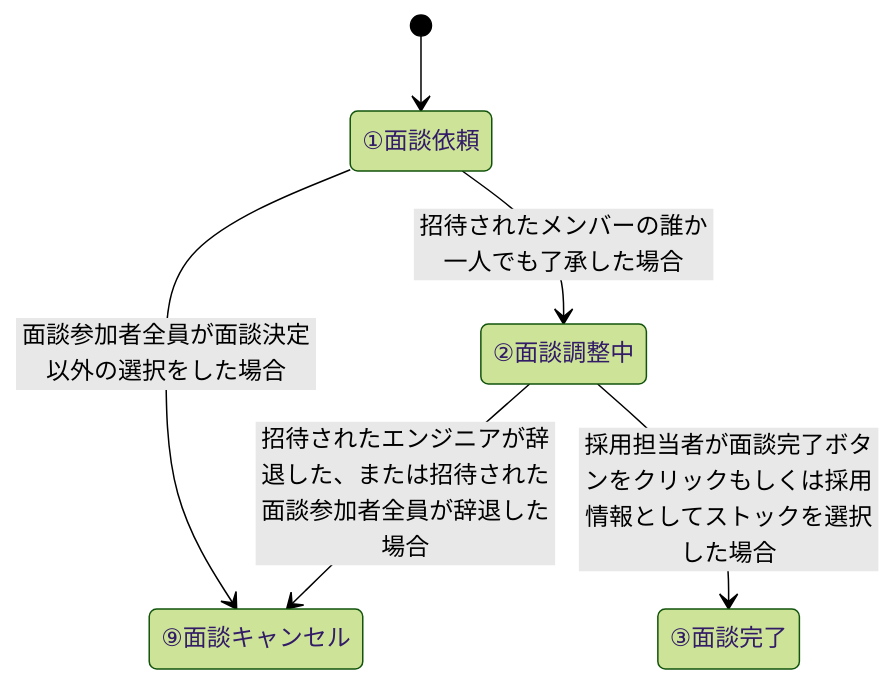
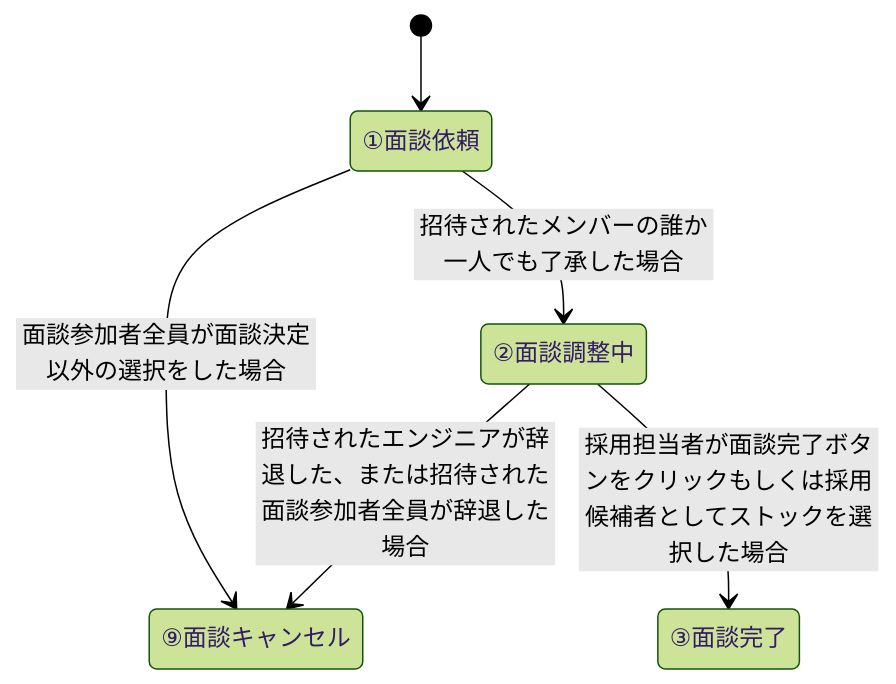
The second of 7 diagrams in docs/conceptual_schemas/employment_and_interview.md (bright-org/bright), drawn with Mermaid (forest theme) before and after one commit. The commit also changed other lines of this file, not shown here.

````diff
--- a/docs/conceptual_schemas/employment_and_interview.md
+++ b/docs/conceptual_schemas/employment_and_interview.md
@@ -34,8 +34,8 @@
 ```mermaid
 stateDiagram-v2
 [*] --> ①面談依頼
 ①面談依頼 --> ②面談調整中:招待されたメンバーの誰か一人でも了承した場合
 ①面談依頼 --> ⑨面談キャンセル:面談参加者全員が面談決定以外の選択をした場合
 ②面談調整中 --> ⑨面談キャンセル:招待されたエンジニアが辞退した、または招待された面談参加者全員が辞退した場合
-②面談調整中 --> ③面談完了:採用担当者が面談完了ボタンをクリックもしくは採用情報としてストックを選択した場合
+②面談調整中 --> ③面談完了:採用担当者が面談完了ボタンをクリックもしくは採用候補者としてストックを選択した場合
 ```
````
